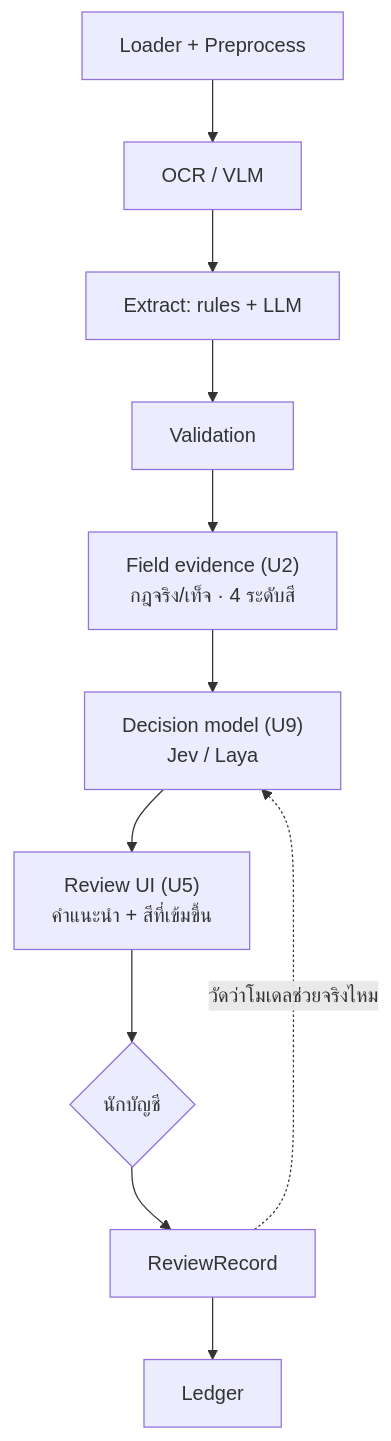
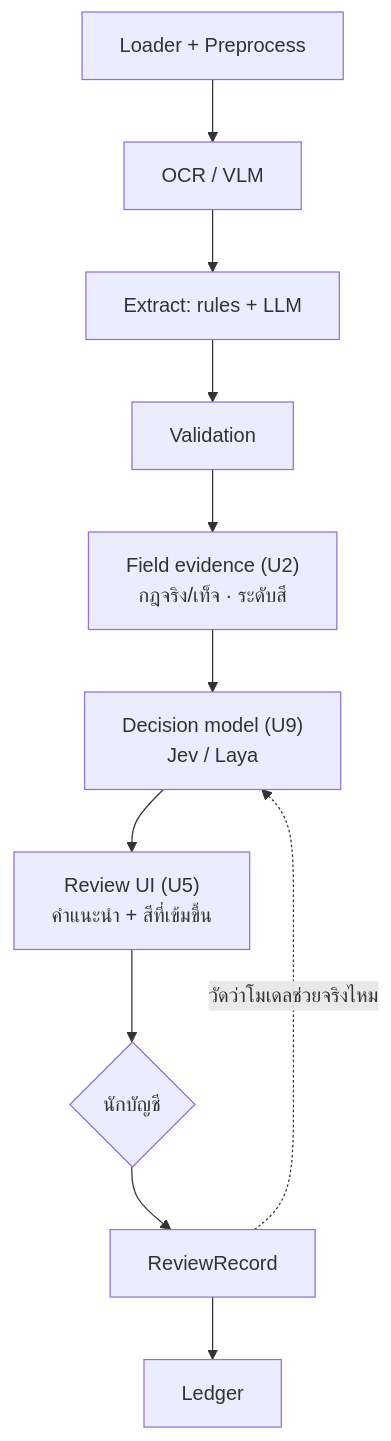
Before and after one commit to Pikcolo/fin-extractor: the first of 2 diagrams in docs/09-decision-model.md, drawn with Mermaid. The commit also changed other lines of this file and 44 other files, not shown here.

````diff
--- a/docs/09-decision-model.md
+++ b/docs/09-decision-model.md
@@ -55,13 +55,13 @@
 ```mermaid
 flowchart TD
     A["Loader + Preprocess"] --> B["OCR / VLM"]
     B --> C["Extract: rules + LLM"]
     C --> D["Validation"]
-    D --> E["Field evidence (U2)<br/>กฎจริง/เท็จ · 4 ระดับสี"]
+    D --> E["Field evidence (U2)<br/>กฎจริง/เท็จ · ระดับสี"]
     E --> F["Decision model (U9)<br/>Jev / Laya"]
     F --> G["Review UI (U5)<br/>คำแนะนำ + สีที่เข้มขึ้น"]
     G --> H{"นักบัญชี"}
     H --> I["ReviewRecord"]
     I --> J["Ledger"]
     I -. "วัดว่าโมเดลช่วยจริงไหม" .-> F
 ```
````
